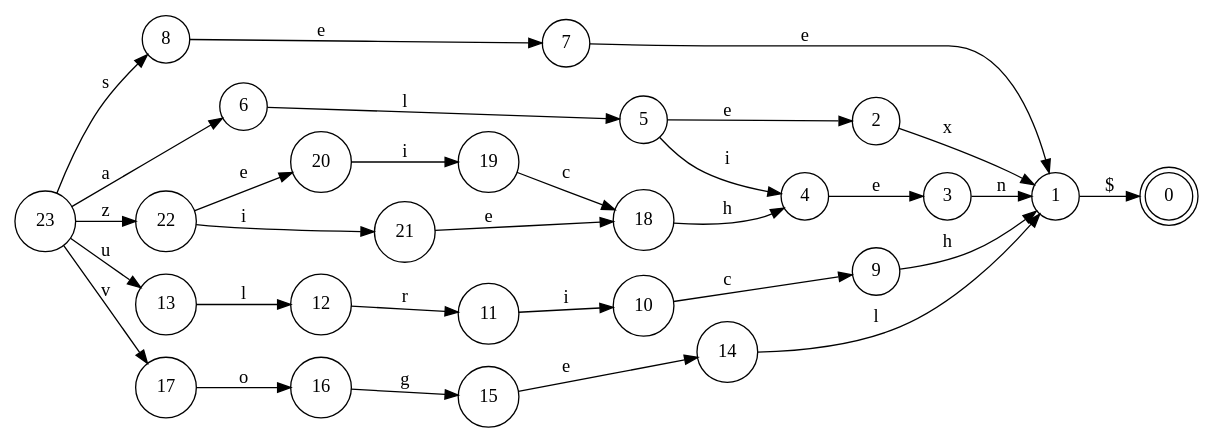
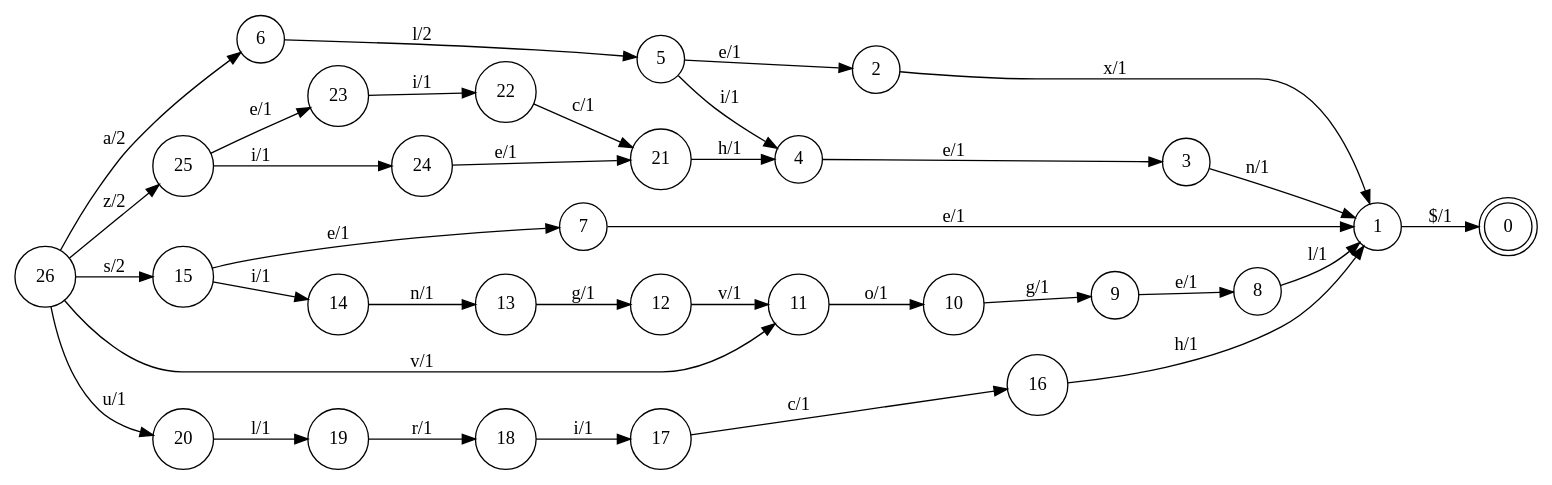
One commit to alexbiehl/hs-fst changed the diagram in test.dot. Above: the diagram before and after it, drawn with Graphviz. The commit also changed 2 other files, not shown here.

```diff
--- a/test.dot
+++ b/test.dot
@@ -1,34 +1,38 @@
 digraph finite_state_machine {
 rankdir=LR
 node [shape = doublecircle]; 0;
 node [shape = circle];
-1 -> 0 [ label="\$" ];
-2 -> 1 [ label="x" ];
-3 -> 1 [ label="n" ];
-4 -> 3 [ label="e" ];
-5 -> 2 [ label="e" ];
-5 -> 4 [ label="i" ];
-6 -> 5 [ label="l" ];
-7 -> 1 [ label="e" ];
-8 -> 7 [ label="e" ];
-9 -> 1 [ label="h" ];
-10 -> 9 [ label="c" ];
-11 -> 10 [ label="i" ];
-12 -> 11 [ label="r" ];
-13 -> 12 [ label="l" ];
-14 -> 1 [ label="l" ];
-15 -> 14 [ label="e" ];
-16 -> 15 [ label="g" ];
-17 -> 16 [ label="o" ];
-18 -> 4 [ label="h" ];
-19 -> 18 [ label="c" ];
-20 -> 19 [ label="i" ];
-21 -> 18 [ label="e" ];
-22 -> 20 [ label="e" ];
-22 -> 21 [ label="i" ];
-23 -> 22 [ label="z" ];
-23 -> 8 [ label="s" ];
-23 -> 6 [ label="a" ];
-23 -> 17 [ label="v" ];
-23 -> 13 [ label="u" ];
+1 -> 0 [ label="\$/1" ];
+2 -> 1 [ label="x/1" ];
+3 -> 1 [ label="n/1" ];
+4 -> 3 [ label="e/1" ];
+5 -> 4 [ label="i/1" ];
+5 -> 2 [ label="e/1" ];
+6 -> 5 [ label="l/2" ];
+7 -> 1 [ label="e/1" ];
+8 -> 1 [ label="l/1" ];
+9 -> 8 [ label="e/1" ];
+10 -> 9 [ label="g/1" ];
+11 -> 10 [ label="o/1" ];
+12 -> 11 [ label="v/1" ];
+13 -> 12 [ label="g/1" ];
+14 -> 13 [ label="n/1" ];
+15 -> 14 [ label="i/1" ];
+15 -> 7 [ label="e/1" ];
+16 -> 1 [ label="h/1" ];
+17 -> 16 [ label="c/1" ];
+18 -> 17 [ label="i/1" ];
+19 -> 18 [ label="r/1" ];
+20 -> 19 [ label="l/1" ];
+21 -> 4 [ label="h/1" ];
+22 -> 21 [ label="c/1" ];
+23 -> 22 [ label="i/1" ];
+24 -> 21 [ label="e/1" ];
+25 -> 24 [ label="i/1" ];
+25 -> 23 [ label="e/1" ];
+26 -> 25 [ label="z/2" ];
+26 -> 11 [ label="v/1" ];
+26 -> 20 [ label="u/1" ];
+26 -> 15 [ label="s/2" ];
+26 -> 6 [ label="a/2" ];
 }
```
